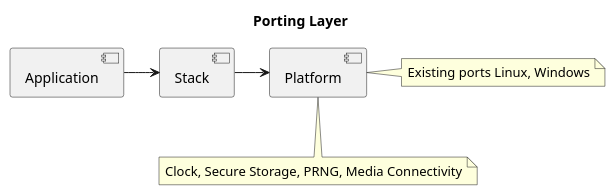
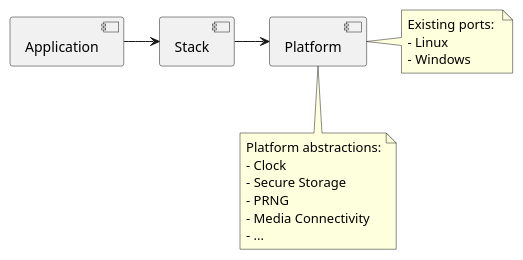
One commit to Adam-Maciuga/sdk-knx-iot-point-api-stack changed the third of 3 diagrams in README.md. Above: the diagram before and after it, drawn with PlantUML.

Commit message:
improve readme picture

````diff
--- a/README.md
+++ b/README.md
@@ -101,22 +108,27 @@
 ```plantuml
 @startuml
-
-title Porting Layer 
 
 component [Application]
 component [Stack]
 component [Platform]
 
 note bottom of Platform 
- Clock, Secure Storage, PRNG, Media Connectivity
+ Platform abstractions:
+ - Clock 
+ - Secure Storage 
+ - PRNG 
+ - Media Connectivity
+ - ...
 end note 
 
 note right of Platform
- Existing ports Linux, Windows
+ Existing ports: 
+ - Linux 
+ - Windows
 end note 
 
 Application -> Stack
 Stack -> Platform
 
 @enduml
 ```
````
